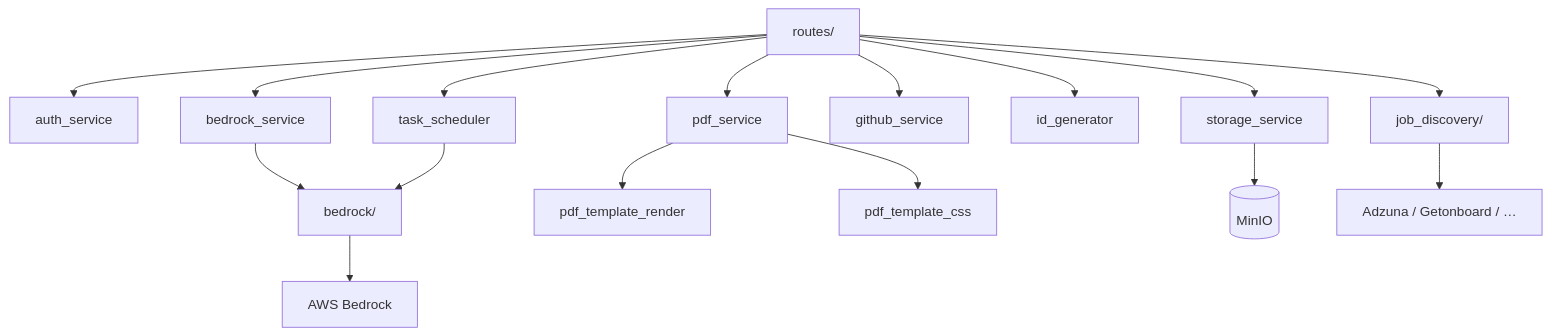
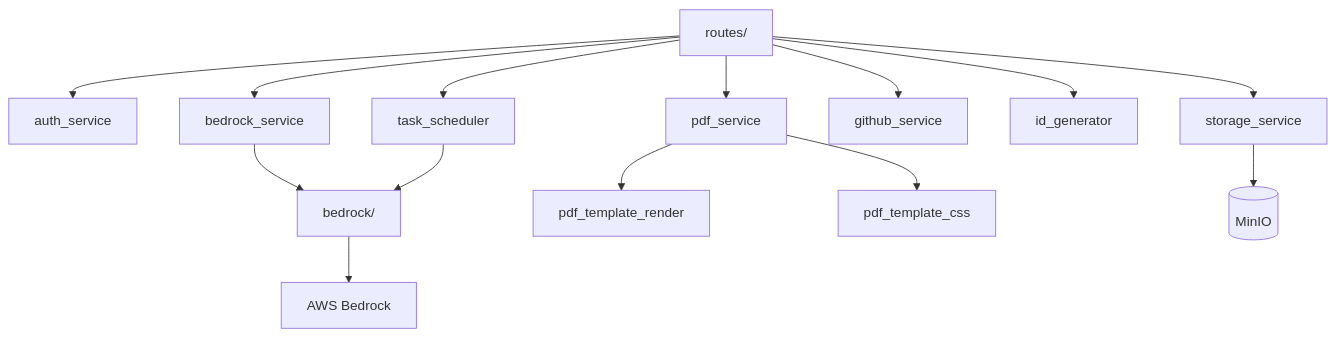
Before and after one commit to cjhirashi/cjhirashi-career: the diagram in cjhirashi-career-api/src/services/README.md, drawn with Mermaid. The commit also changed other lines of this file and 66 other files, not shown here.

````diff
--- a/cjhirashi-career-api/src/services/README.md
+++ b/cjhirashi-career-api/src/services/README.md
@@ -7,18 +7,16 @@
 ```mermaid
 flowchart TB
     Routes[routes/] --> AuthS[auth_service]
     Routes --> BedrockS[bedrock_service]
     Routes --> Storage[storage_service]
     Routes --> PDF[pdf_service]
     Routes --> GH[github_service]
     Routes --> IDs[id_generator]
     BedrockS --> Harness[bedrock/]
-    Routes --> JD[job_discovery/]
     Routes --> TaskSched[task_scheduler]
     TaskSched --> Harness
     PDF --> Render[pdf_template_render]
     PDF --> CSS[pdf_template_css]
     Harness --> AWS[AWS Bedrock]
     Storage --> MinIO[(MinIO)]
-    JD --> Boards[Adzuna / Getonboard / …]
 ```
````
